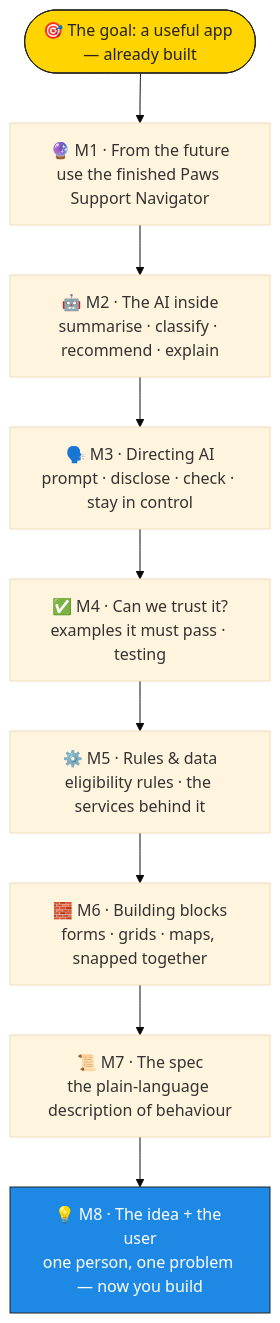
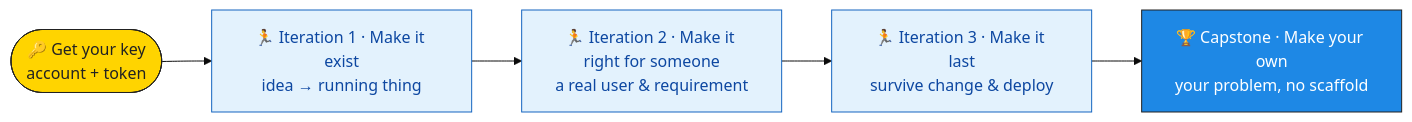
The diagram in docs/micro_build_ai/index.md (michelzam/lightcodepedia), drawn with Mermaid (base theme) before and after one commit. The commit also changed other lines of this file and 7 other files, not shown here.

First line of the commit message:
feat(build-ai): spiral 3-iteration spine, KnowledgeNode catalog, live Ari

````diff
--- a/docs/micro_build_ai/index.md
+++ b/docs/micro_build_ai/index.md
@@ -54,14 +44,11 @@
 ```mermaid
-graph TD
-  G([🎯 The goal: a useful app — already built]):::goal --> M1
-  M1[🔮 M1 · From the future<br/>use the finished Paws Support Navigator] --> M2
-  M2[🤖 M2 · The AI inside<br/>summarise · classify · recommend · explain] --> M3
-  M3[🗣️ M3 · Directing AI<br/>prompt · disclose · check · stay in control] --> M4
-  M4[✅ M4 · Can we trust it?<br/>examples it must pass · testing] --> M5
-  M5[⚙️ M5 · Rules & data<br/>eligibility rules · the services behind it] --> M6
-  M6[🧱 M6 · Building blocks<br/>forms · grids · maps, snapped together] --> M7
-  M7[📜 M7 · The spec<br/>the plain-language description of behaviour] --> M8
-  M8[💡 M8 · The idea + the user<br/>one person, one problem — now you build]:::seed
-  classDef goal fill:#ffd400,stroke:#222,color:#222;
-  classDef seed fill:#1e88e5,stroke:#222,color:#fff;
+graph LR
+  K([🔑 Get your key<br/>account + token]):::key --> I1
+  I1[🏃 Iteration 1 · Make it exist<br/>idea → running thing]:::iter --> I2
+  I2[🏃 Iteration 2 · Make it right for someone<br/>a real user & requirement]:::iter --> I3
+  I3[🏃 Iteration 3 · Make it last<br/>survive change & deploy]:::iter --> CAP
+  CAP[🏆 Capstone · Make your own<br/>your problem, no scaffold]:::cap
+  classDef key fill:#ffd400,stroke:#222,color:#222;
+  classDef iter fill:#e3f2fd,stroke:#1565c0,color:#0d47a1;
+  classDef cap fill:#1e88e5,stroke:#222,color:#fff;
 ```
````
